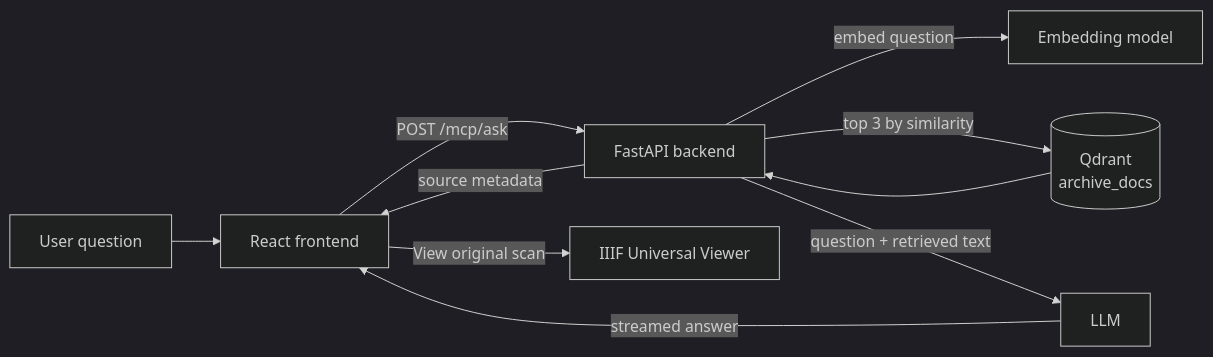
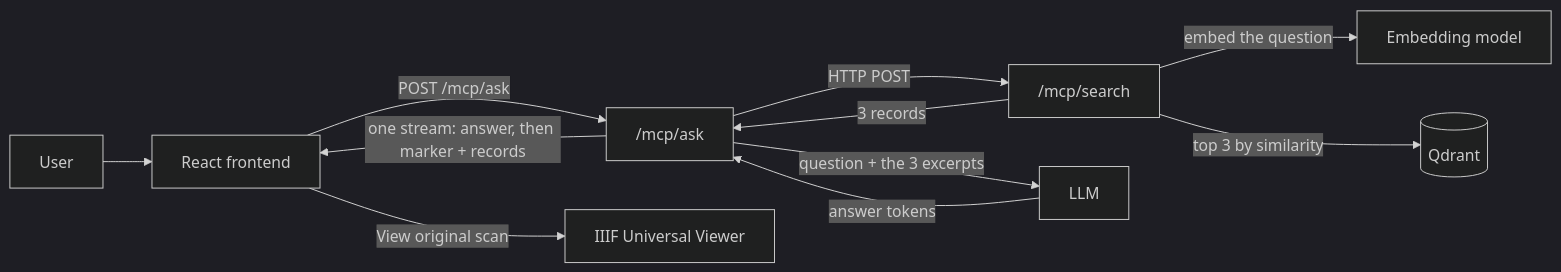
One commit to Crispsec/Archive-RAG changed the second of 2 diagrams in README.md. Above: the diagram before and after it, drawn with Mermaid (dark theme). The commit also changed other lines of this file, not shown here.

Commit message:
README: mark as PoC, correct architecture, clarify it is not an MCP server

````diff
--- a/README.md
+++ b/README.md
@@ -22,12 +36,13 @@
 ```mermaid
 flowchart LR
-    U[User question] --> F[React frontend]
-    F -->|POST /mcp/ask| B[FastAPI backend]
-    B -->|embed question| E[Embedding model]
-    B -->|top 3 by similarity| Q[(Qdrant<br/>archive_docs)]
-    Q --> B
-    B -->|question + retrieved text| L[LLM]
-    L -->|streamed answer| F
-    B -->|source metadata| F
+    U[User] --> F[React frontend]
+    F -->|POST /mcp/ask| A["/mcp/ask"]
+    A -->|HTTP POST| S["/mcp/search"]
+    S -->|embed the question| E[Embedding model]
+    S -->|top 3 by similarity| Q[(Qdrant)]
+    S -->|3 records| A
+    A -->|question + the 3 excerpts| L[LLM]
+    L -->|answer tokens| A
+    A -->|one stream: answer, then marker + records| F
     F -->|View original scan| V[IIIF Universal Viewer]
 ```
````
